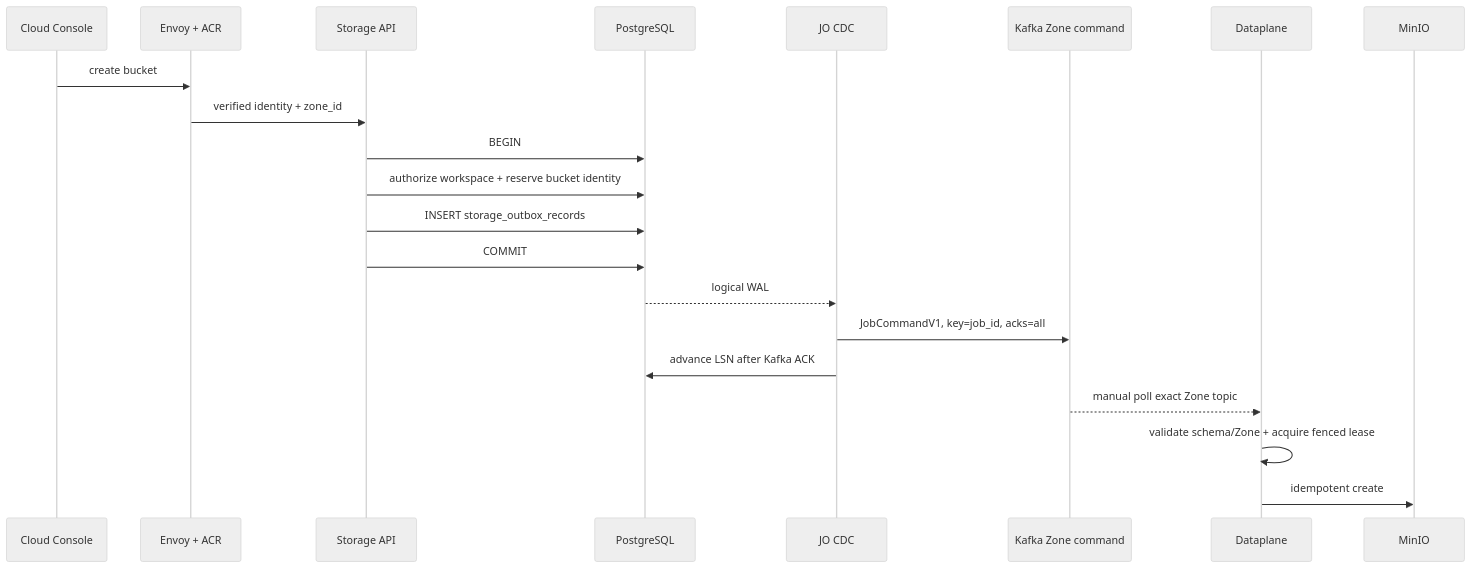
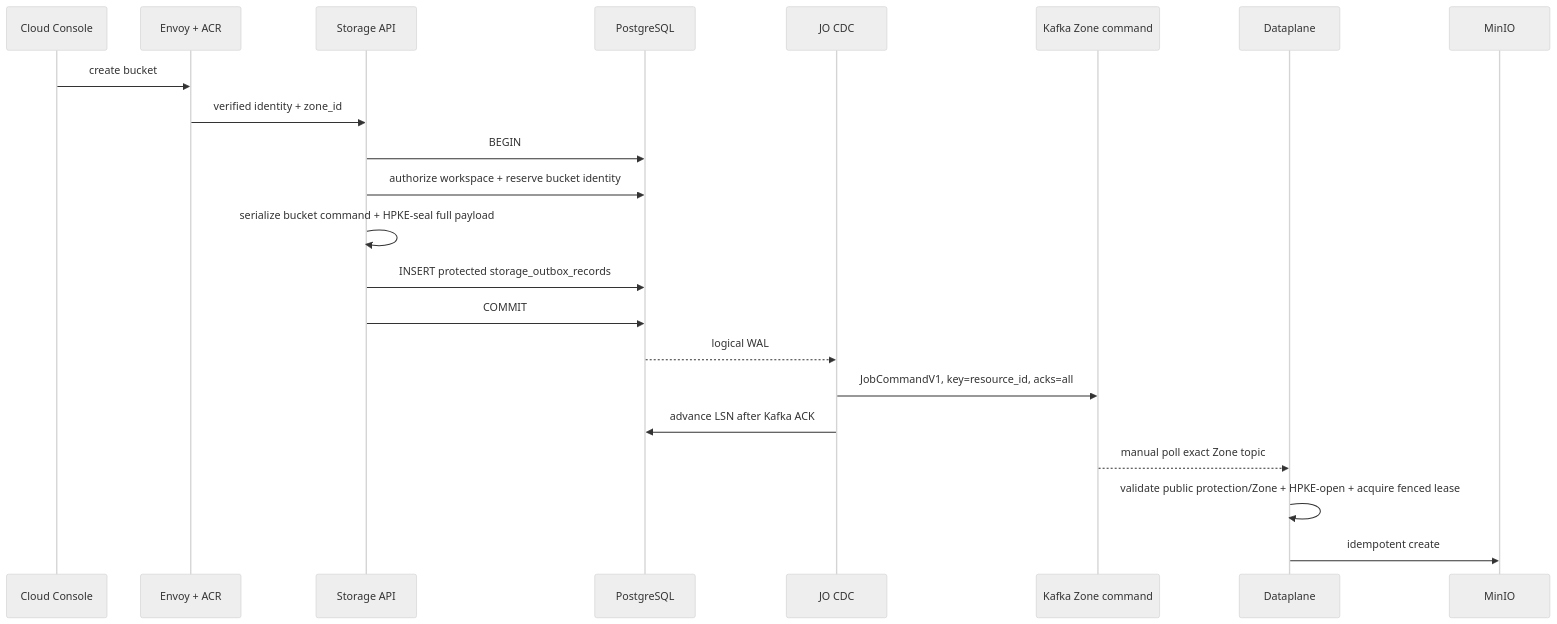
The second of 3 diagrams in god_view/storage/bucket_creation_god_view.md (phucle996/aurora), drawn with Mermaid (neutral theme) before and after one commit. The commit also changed other lines of this file and 156 other files, not shown here.

Commit message:
feat: implement managed service instance lifecycle management and add job payload protection infrastructure

````diff
--- a/god_view/storage/bucket_creation_god_view.md
+++ b/god_view/storage/bucket_creation_god_view.md
@@ -68,24 +68,25 @@
 ```mermaid
 sequenceDiagram
     participant UI as Cloud Console
     participant Edge as Envoy + ACR
     participant CP as Storage API
     participant DB as PostgreSQL
     participant JO as JO CDC
     participant K as Kafka Zone command
     participant DP as Dataplane
     participant S3 as MinIO
 
     UI->>Edge: create bucket
     Edge->>CP: verified identity + zone_id
     CP->>DB: BEGIN
     CP->>DB: authorize workspace + reserve bucket identity
-    CP->>DB: INSERT storage_outbox_records
+    CP->>CP: serialize bucket command + HPKE-seal full payload
+    CP->>DB: INSERT protected storage_outbox_records
     CP->>DB: COMMIT
     DB-->>JO: logical WAL
-    JO->>K: JobCommandV1, key=job_id, acks=all
+    JO->>K: JobCommandV1, key=resource_id, acks=all
     JO->>DB: advance LSN after Kafka ACK
     K-->>DP: manual poll exact Zone topic
-    DP->>DP: validate schema/Zone + acquire fenced lease
+    DP->>DP: validate public protection/Zone + HPKE-open + acquire fenced lease
     DP->>S3: idempotent create
 ```
````
